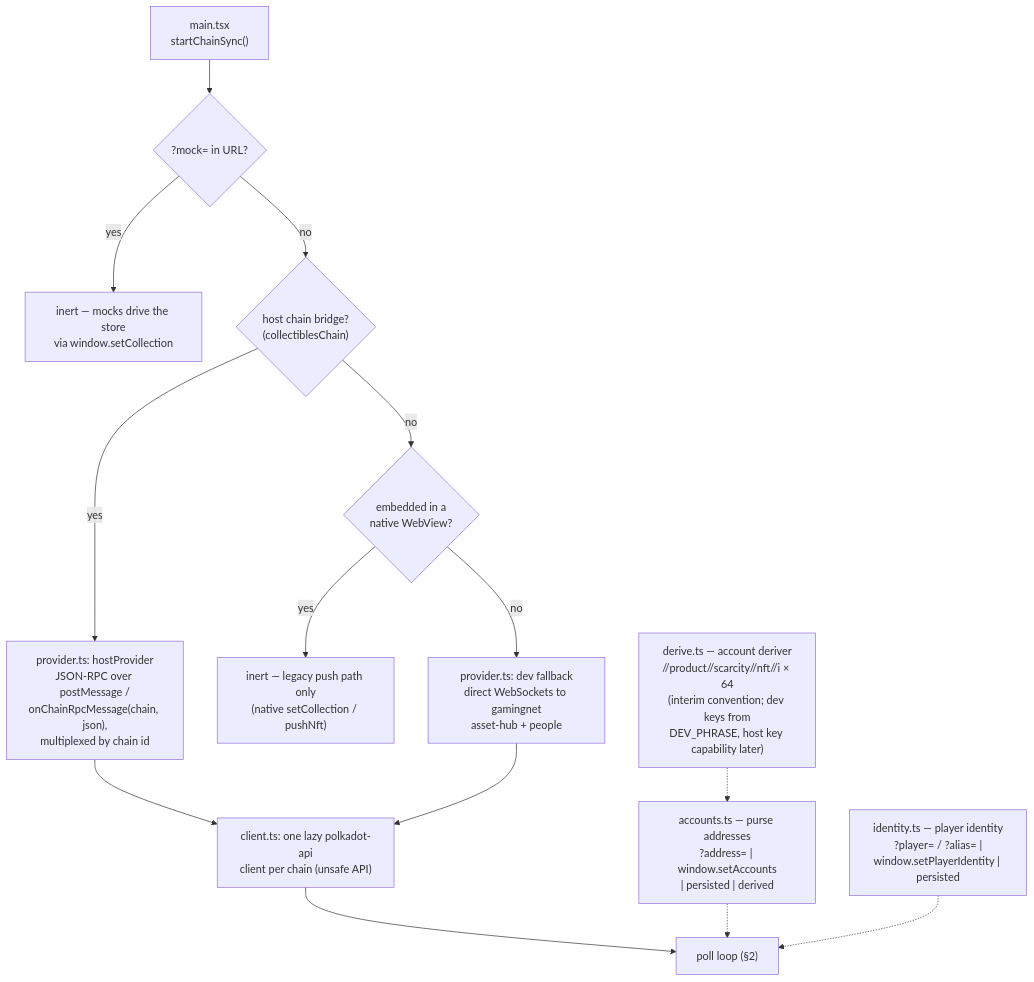
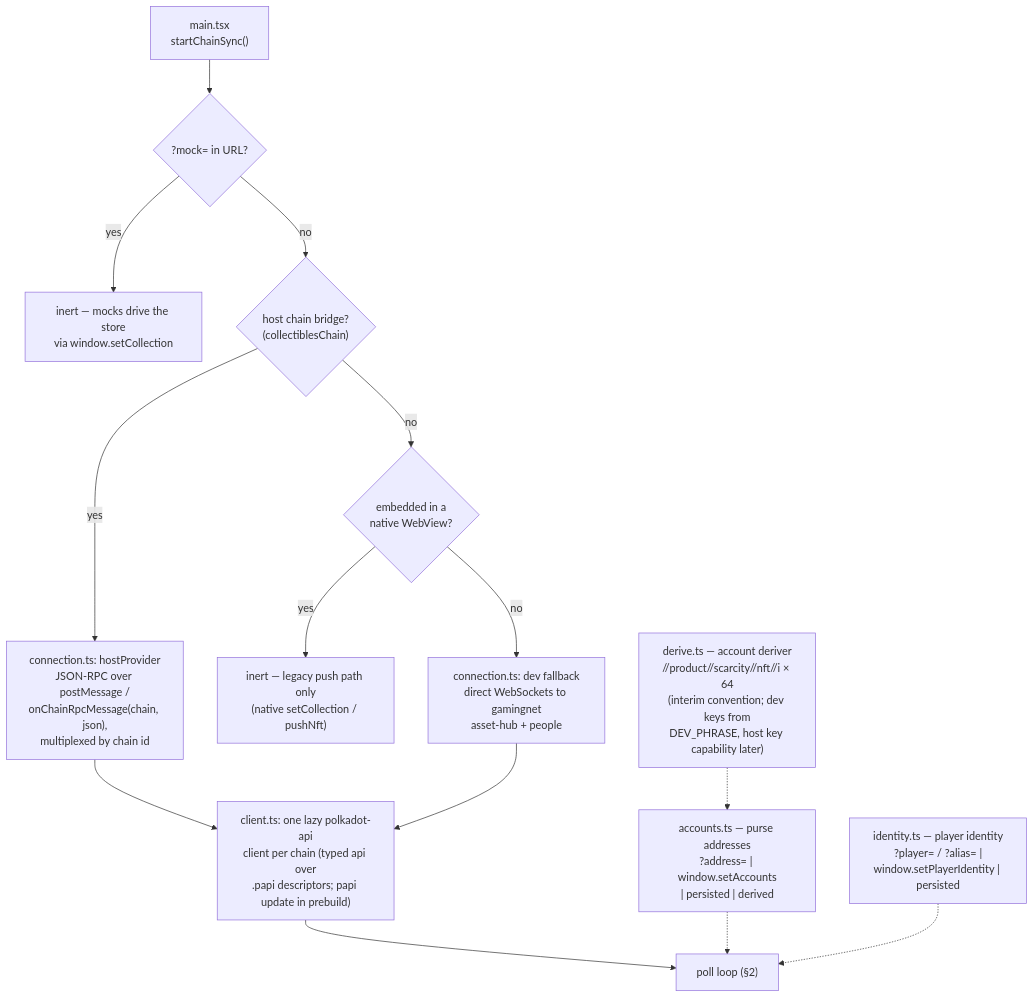
One commit to paritytech/pocket-collectibles-webview changed the first of 2 diagrams in docs/READ_PATH.md. Above: the diagram before and after it, drawn with Mermaid. The commit also changed other lines of this file and 20 other files, not shown here.

Commit message:
complete the shelf read path: claim states, typed api, purse scan

````diff
--- a/docs/READ_PATH.md
+++ b/docs/READ_PATH.md
@@ -9,17 +9,17 @@
 ```mermaid
 flowchart TD
     boot["main.tsx<br/>startChainSync()"] --> mock{"?mock= in URL?"}
     mock -- yes --> inert1["inert — mocks drive the store<br/>via window.setCollection"]
     mock -- no --> host{"host chain bridge?<br/>(collectiblesChain)"}
-    host -- yes --> hp["provider.ts: hostProvider<br/>JSON-RPC over postMessage /<br/>onChainRpcMessage(chain, json),<br/>multiplexed by chain id"]
+    host -- yes --> hp["connection.ts: hostProvider<br/>JSON-RPC over postMessage /<br/>onChainRpcMessage(chain, json),<br/>multiplexed by chain id"]
     host -- no --> emb{"embedded in a<br/>native WebView?"}
     emb -- yes --> inert2["inert — legacy push path only<br/>(native setCollection / pushNft)"]
-    emb -- no --> ws["provider.ts: dev fallback<br/>direct WebSockets to gamingnet<br/>asset-hub + people"]
-    hp --> clients["client.ts: one lazy polkadot-api<br/>client per chain (unsafe API)"]
+    emb -- no --> ws["connection.ts: dev fallback<br/>direct WebSockets to gamingnet<br/>asset-hub + people"]
+    hp --> clients["client.ts: one lazy polkadot-api<br/>client per chain (typed api over<br/>.papi descriptors; papi update in prebuild)"]
     ws --> clients
     clients --> loop["poll loop (§2)"]
 
     accounts["accounts.ts — purse addresses<br/>?address= | window.setAccounts<br/>| persisted | derived"] -.-> loop
     derive["derive.ts — account deriver<br/>//product//scarcity//nft//i × 64<br/>(interim convention; dev keys from<br/>DEV_PHRASE, host key capability later)"] -.-> accounts
     identity["identity.ts — player identity<br/>?player= / ?alias= |<br/>window.setPlayerIdentity | persisted"] -.-> loop
 ```
````
